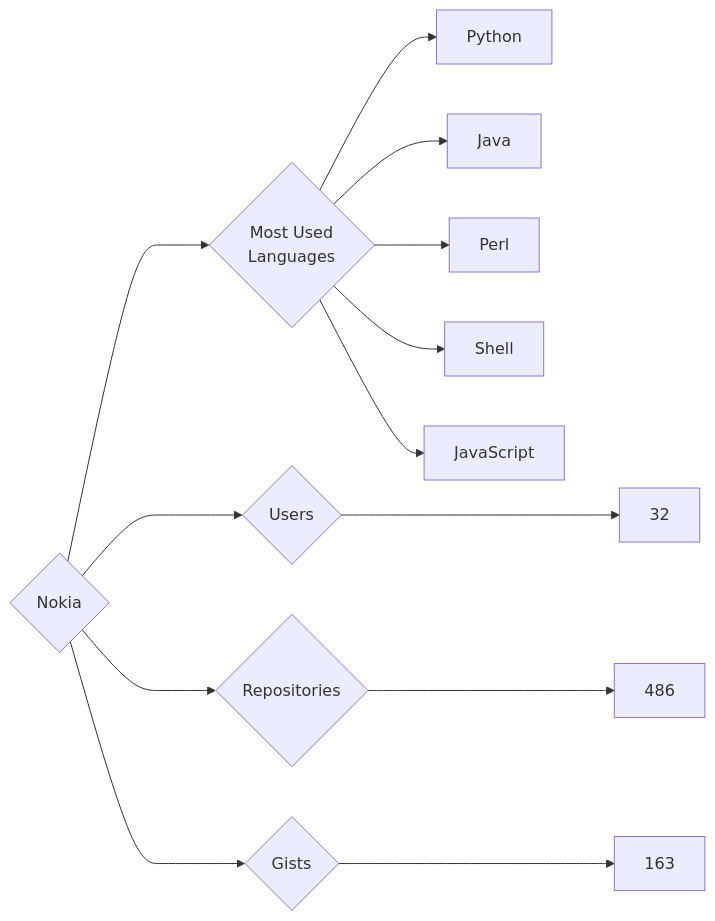
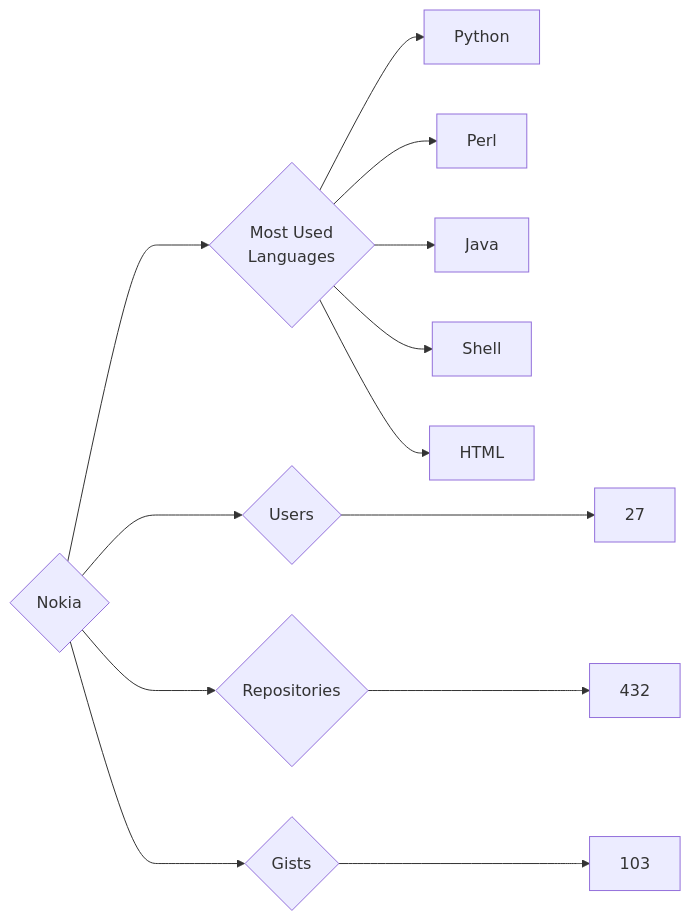
One commit to trickest/insiders changed the diagram in targets/Nokia/README.md. Above: the diagram before and after it, drawn with Mermaid. The commit also changed 773 other files, not shown here.

````diff
--- a/targets/Nokia/README.md
+++ b/targets/Nokia/README.md
@@ -3,13 +3,13 @@
 ```mermaid
 graph LR
 COMPANY_NAME{Nokia}
-COMPANY_NAME ---> U{Users} ---> UN[32]
-COMPANY_NAME ---> R{Repositories} ---> RN[486]
-COMPANY_NAME ---> G{Gists} ---> GN[163]
+COMPANY_NAME ---> U{Users} ---> UN[27]
+COMPANY_NAME ---> R{Repositories} ---> RN[432]
+COMPANY_NAME ---> G{Gists} ---> GN[103]
 COMPANY_NAME ---> ML{Most Used<br>Languages}
 ML --> Python[Python]
+ML --> Perl[Perl]
 ML --> Java[Java]
-ML --> Perl[Perl]
 ML --> Shell[Shell]
-ML --> JavaScript[JavaScript]
+ML --> HTML[HTML]
 ```
````
